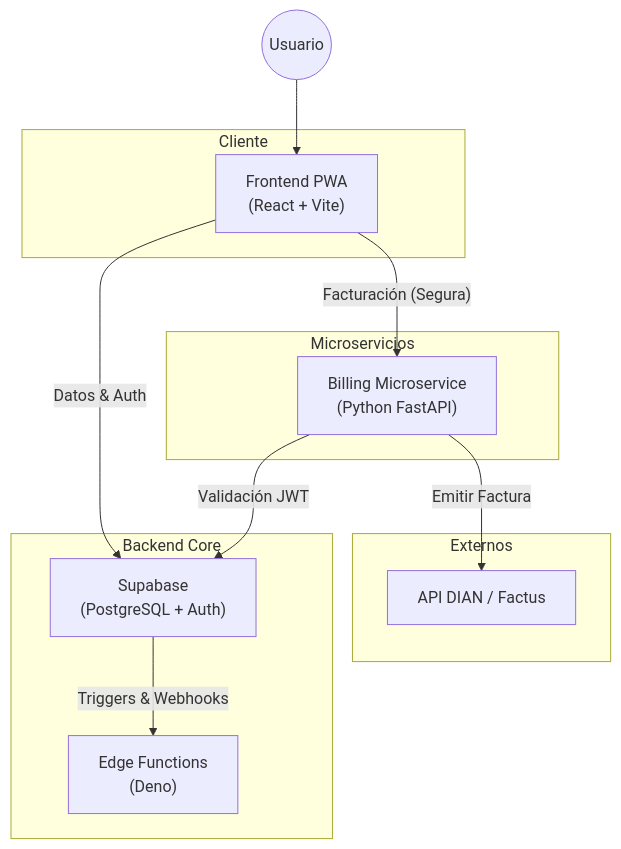
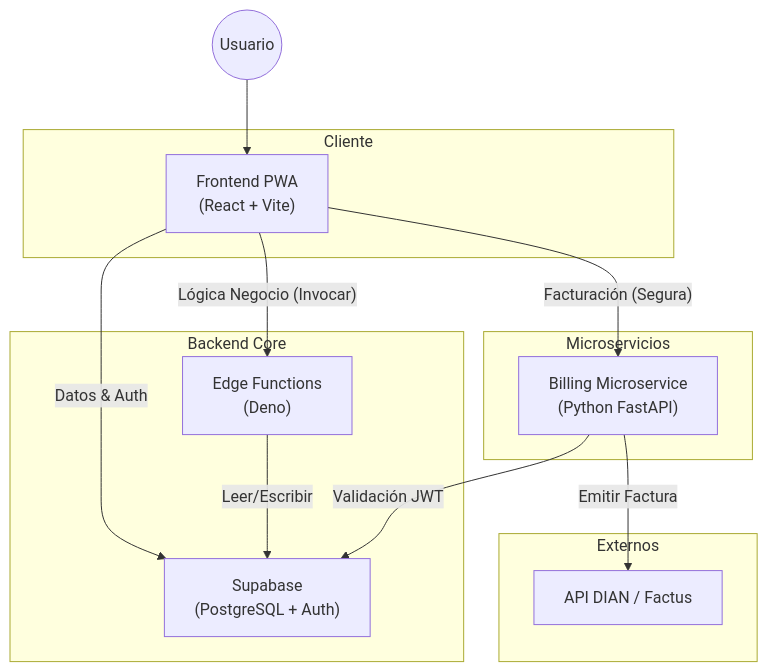
One commit to angeltoxqui/Frontend-inventario changed the diagram in README.md. Above: the diagram before and after it, drawn with Mermaid. The commit also changed other lines of this file, not shown here.

````diff
--- a/README.md
+++ b/README.md
@@ -16,28 +9,29 @@
 ```mermaid
 graph TD
     User((Usuario))
     
     subgraph "Cliente"
         Frontend["Frontend PWA<br/>(React + Vite)"]
     end
     
     subgraph "Backend Core"
         Supabase["Supabase<br/>(PostgreSQL + Auth)"]
         EdgeFunctions["Edge Functions<br/>(Deno)"]
     end
     
     subgraph "Microservicios"
         Billing["Billing Microservice<br/>(Python FastAPI)"]
     end
     
     subgraph "Externos"
         DIAN[API DIAN / Factus]
     end
 
     User --> Frontend
     Frontend -- "Datos & Auth" --> Supabase
+    Frontend -- "Lógica Negocio (Invocar)" --> EdgeFunctions
     Frontend -- "Facturación (Segura)" --> Billing
-    Supabase -- "Triggers & Webhooks" --> EdgeFunctions
+    EdgeFunctions -- "Leer/Escribir" --> Supabase
     Billing -- "Validación JWT" --> Supabase
     Billing -- "Emitir Factura" --> DIAN
 ```
````
